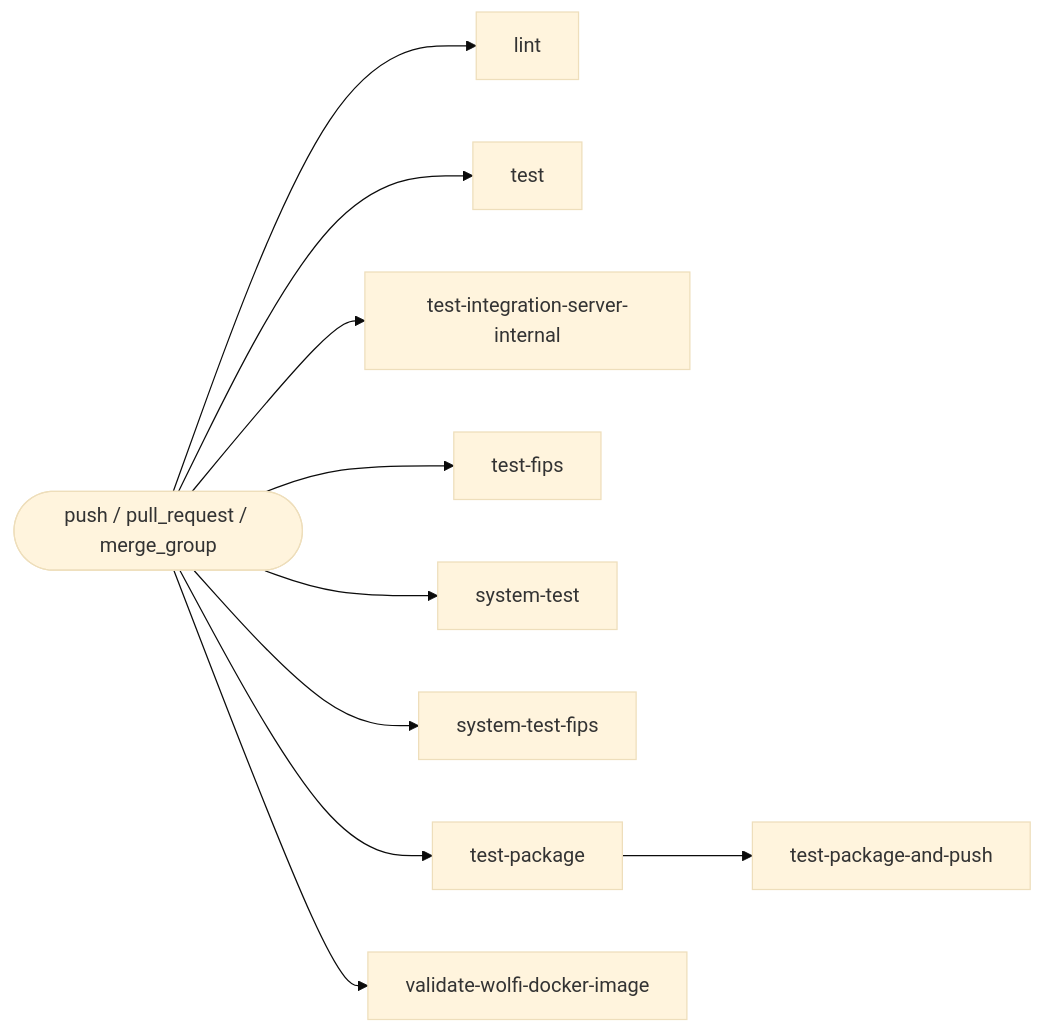
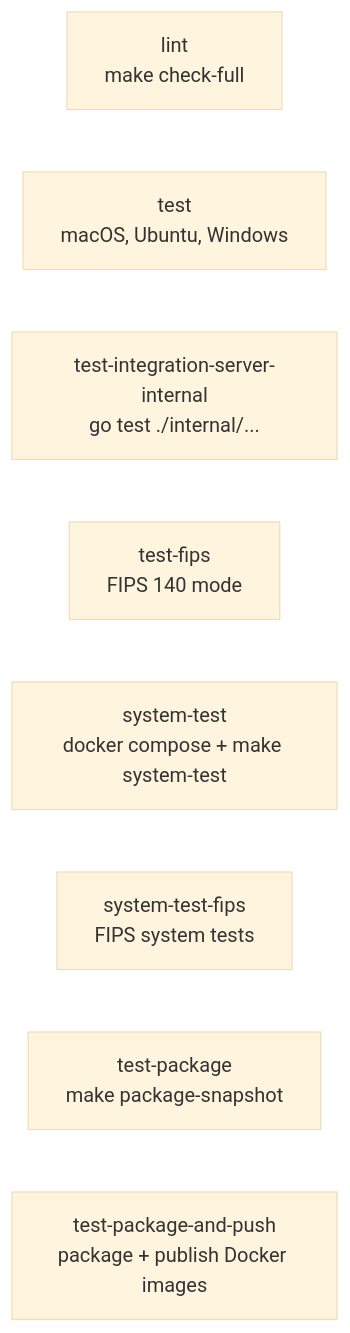
The diagram in .github/workflows/docs/ci.yml.md (elastic/apm-server), drawn with Mermaid (base theme) before and after one commit. The commit also changed other lines of this file and 39 other files, not shown here.

````diff
--- a/.github/workflows/docs/ci.yml.md
+++ b/.github/workflows/docs/ci.yml.md
@@ -30,12 +30,11 @@
 ```mermaid
 flowchart LR
-    trigger([push / pull_request / merge_group]) --> lint
-    trigger --> test
-    trigger --> itest[test-integration-server-internal]
-    trigger --> fips[test-fips]
-    trigger --> systest[system-test]
-    trigger --> sysfips[system-test-fips]
-    trigger --> pkg[test-package]
-    pkg --> push[test-package-and-push]
-    trigger --> wolfi[validate-wolfi-docker-image]
+    lint[lint<br/>make check-full]
+    test[test<br/>macOS, Ubuntu, Windows]
+    itest[test-integration-server-internal<br/>go test ./internal/...]
+    fips[test-fips<br/>FIPS 140 mode]
+    sys[system-test<br/>docker compose + make system-test]
+    sysfips[system-test-fips<br/>FIPS system tests]
+    pkg[test-package<br/>make package-snapshot]
+    push[test-package-and-push<br/>package + publish Docker images]
 ```
````
